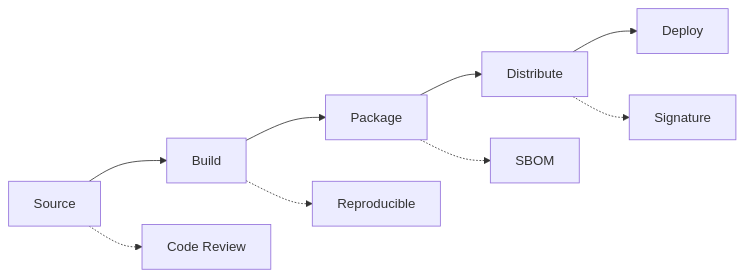
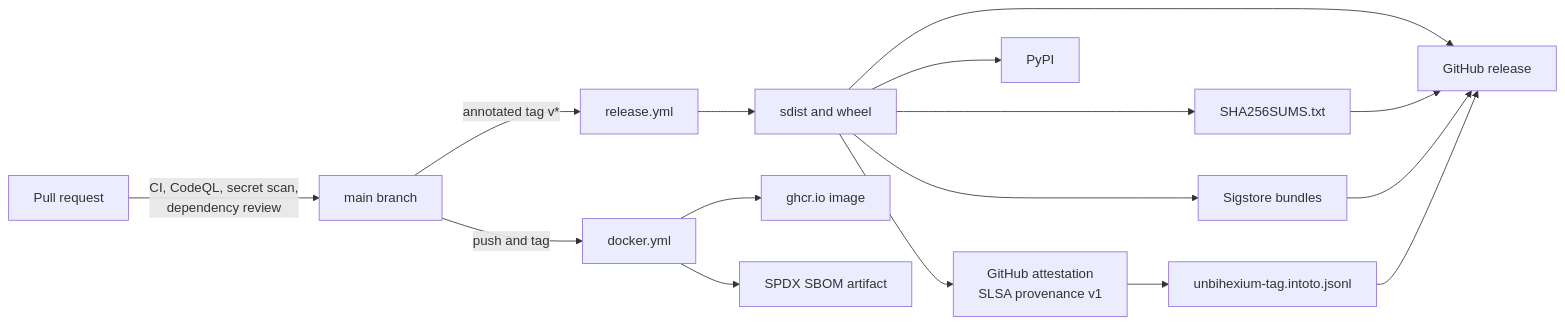
One commit to unbihexium-oss/unbihexium changed the diagram in docs/security/supply_chain_security.md. Above: the diagram before and after it, drawn with Mermaid. The commit also changed other lines of this file and 6 other files, not shown here.

````diff
--- a/docs/security/supply_chain_security.md
+++ b/docs/security/supply_chain_security.md
@@ -9,12 +59,18 @@
 ```mermaid
-graph LR
-    A[Source] --> B[Build]
-    B --> C[Package]
-    C --> D[Distribute]
-    D --> E[Deploy]
-
-    A -.-> F[Code Review]
-    B -.-> G[Reproducible]
-    C -.-> H[SBOM]
-    D -.-> I[Signature]
+flowchart LR
+    A[Pull request] -->|CI, CodeQL, secret scan,<br/>dependency review| B[main branch]
+    B -->|annotated tag v*| C[release.yml]
+    C --> D[sdist and wheel]
+    D --> E[SHA256SUMS.txt]
+    D --> F[GitHub attestation<br/>SLSA provenance v1]
+    D --> G[Sigstore bundles]
+    F --> H[unbihexium-tag.intoto.jsonl]
+    D --> I[GitHub release]
+    E --> I
+    G --> I
+    H --> I
+    D --> J[PyPI]
+    B -->|push and tag| K[docker.yml]
+    K --> L[ghcr.io image]
+    K --> M[SPDX SBOM artifact]
 ```
````
